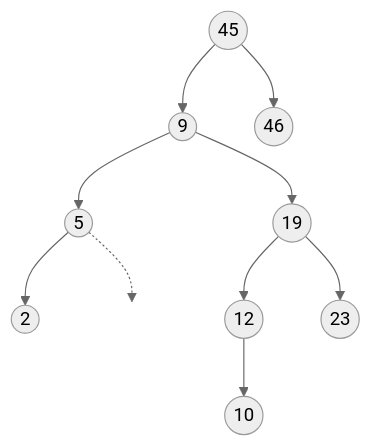
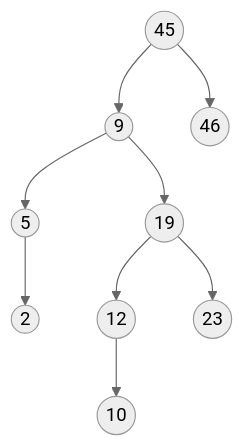
One commit to daihan054/Govt-it-question-bank-last-16-years-compact-it changed diagram 26 of 27 in written-answer-related-theories/algorithm.md. Above: the diagram before and after it, drawn with Mermaid (neutral theme). The commit also changed other lines of this file, not shown here.

````diff
--- a/written-answer-related-theories/algorithm.md
+++ b/written-answer-related-theories/algorithm.md
@@ -3836,13 +3841,11 @@
 ```mermaid
 flowchart TD
     A((45)) --> B((9))
     A --> C((46))
     B --> D((5))
     B --> E((19))
     D --> F((2))
-    D -.-> DX[" "]
     E --> G((12))
     E --> H((23))
     G --> I((10))
-    style DX fill:none,stroke:none
 ```
````
